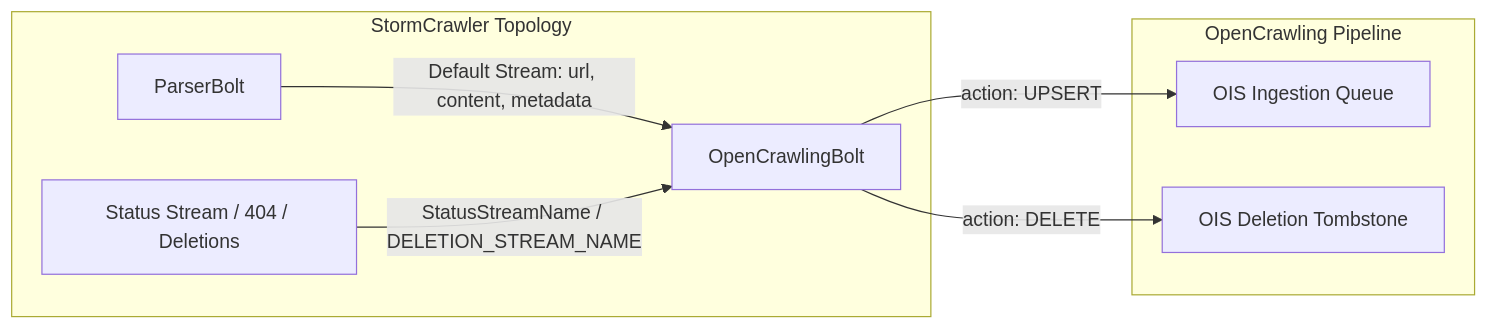
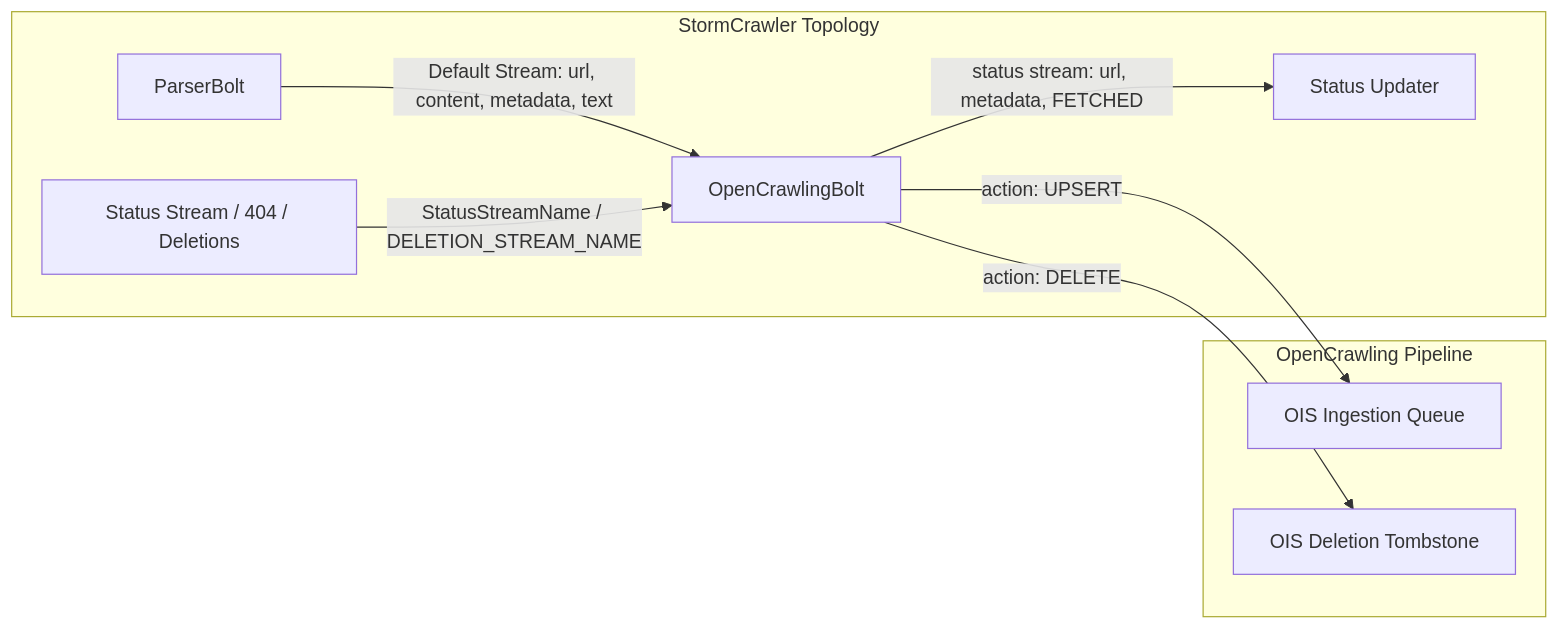
The diagram in oc-stormcrawler-bolt/README.md (opencrawling/opencrawling), drawn with Mermaid before and after one commit. The commit also changed other lines of this file and 5 other files, not shown here.

First line of the commit message:
feat(stormcrawler): index the parser's text and report FETCHED (#136)

````diff
--- a/oc-stormcrawler-bolt/README.md
+++ b/oc-stormcrawler-bolt/README.md
@@ -11,12 +11,13 @@
 ```mermaid
 graph LR
     subgraph StormCrawler Topology
-        ParserBolt[ParserBolt] -->|Default Stream: url, content, metadata| OCBolt[OpenCrawlingBolt]
+        ParserBolt[ParserBolt] -->|Default Stream: url, content, metadata, text| OCBolt[OpenCrawlingBolt]
+        OCBolt -->|status stream: url, metadata, FETCHED| StatusUpdater[Status Updater]
         StatusStream[Status Stream / 404 / Deletions] -->|StatusStreamName / DELETION_STREAM_NAME| OCBolt
     end
 
     subgraph OpenCrawling Pipeline
         OCBolt -->|action: UPSERT| OIS_Queue[OIS Ingestion Queue]
         OCBolt -->|action: DELETE| OIS_Tombstone[OIS Deletion Tombstone]
     end
 ```
````
